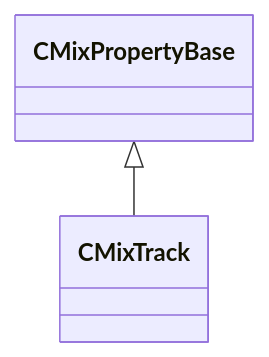
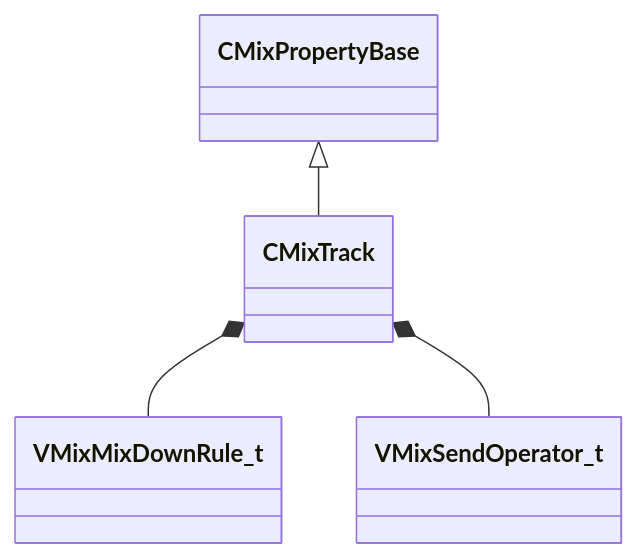
One commit to CS2OpenDev/CS2OpenDev-Docs changed the diagram in docs/generated/schemas/sounddoc_lib/CMixTrack.md. Above: the diagram before and after it, drawn with Mermaid. The commit also changed other lines of this file and 4654 other files, not shown here.

Commit message:
docs: regenerate for SchemaTracker build 25947352 [skip ci]

````diff
--- a/docs/generated/schemas/sounddoc_lib/CMixTrack.md
+++ b/docs/generated/schemas/sounddoc_lib/CMixTrack.md
@@ -21,4 +21,6 @@
 ```mermaid
 classDiagram
     CMixPropertyBase <|-- CMixTrack
+    CMixTrack *-- VMixMixDownRule_t
+    CMixTrack *-- VMixSendOperator_t
 ```
````
